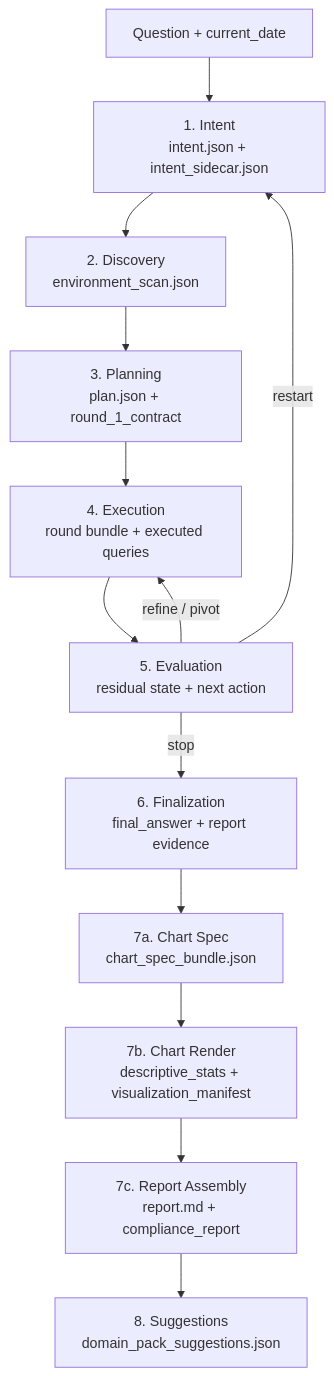
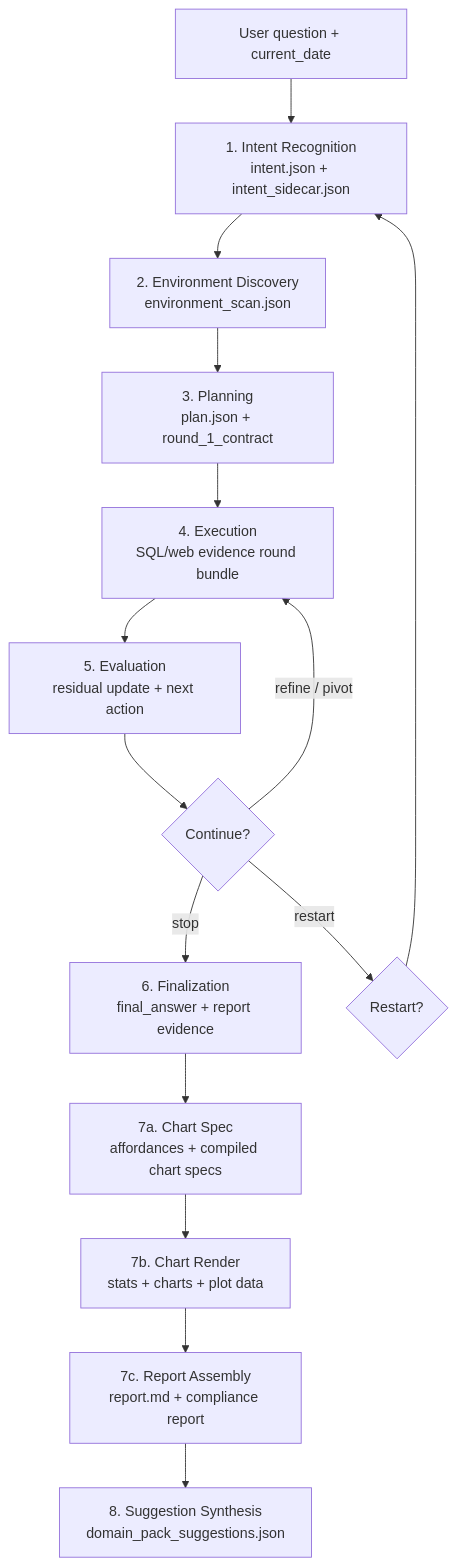
The third of 4 diagrams in README.zh-CN.md (diankong720-ui/Data-Pandora), drawn with Mermaid before and after one commit. The commit also changed other lines of this file and 37 other files, not shown here.

````diff
--- a/README.zh-CN.md
+++ b/README.zh-CN.md
@@ -123,20 +101,23 @@
 ```mermaid
 flowchart TD
-    Q["Question + current_date"]
-    I["1. Intent\nintent.json + intent_sidecar.json"]
-    D["2. Discovery\nenvironment_scan.json"]
-    P["3. Planning\nplan.json + round_1_contract"]
-    X["4. Execution\nround bundle + executed queries"]
-    E["5. Evaluation\nresidual state + next action"]
-    F["6. Finalization\nfinal_answer + report evidence"]
-    CS["7a. Chart Spec\nchart_spec_bundle.json"]
-    CR["7b. Chart Render\ndescriptive_stats + visualization_manifest"]
-    R["7c. Report Assembly\nreport.md + compliance_report"]
-    S["8. Suggestions\ndomain_pack_suggestions.json"]
+  Q["User question + current_date"]
+  S1["1. Intent Recognition<br/>intent.json + intent_sidecar.json"]
+  S2["2. Environment Discovery<br/>environment_scan.json"]
+  S3["3. Planning<br/>plan.json + round_1_contract"]
+  S4["4. Execution<br/>SQL/web evidence round bundle"]
+  S5["5. Evaluation<br/>residual update + next action"]
+  Continue{"Continue?"}
+  Restart{"Restart?"}
+  S6["6. Finalization<br/>final_answer + report evidence"]
+  S7a["7a. Chart Spec<br/>affordances + compiled chart specs"]
+  S7b["7b. Chart Render<br/>stats + charts + plot data"]
+  S7c["7c. Report Assembly<br/>report.md + compliance report"]
+  S8["8. Suggestion Synthesis<br/>domain_pack_suggestions.json"]
 
-    Q --> I --> D --> P --> X --> E
-    E -->|"refine / pivot"| X
-    E -->|"restart"| I
-    E -->|"stop"| F
-    F --> CS --> CR --> R --> S
+  Q --> S1 --> S2 --> S3 --> S4 --> S5 --> Continue
+  Continue -->|"refine / pivot"| S4
+  Continue -->|"stop"| S6
+  Continue -->|"restart"| Restart
+  Restart --> S1
+  S6 --> S7a --> S7b --> S7c --> S8
 ```
````
